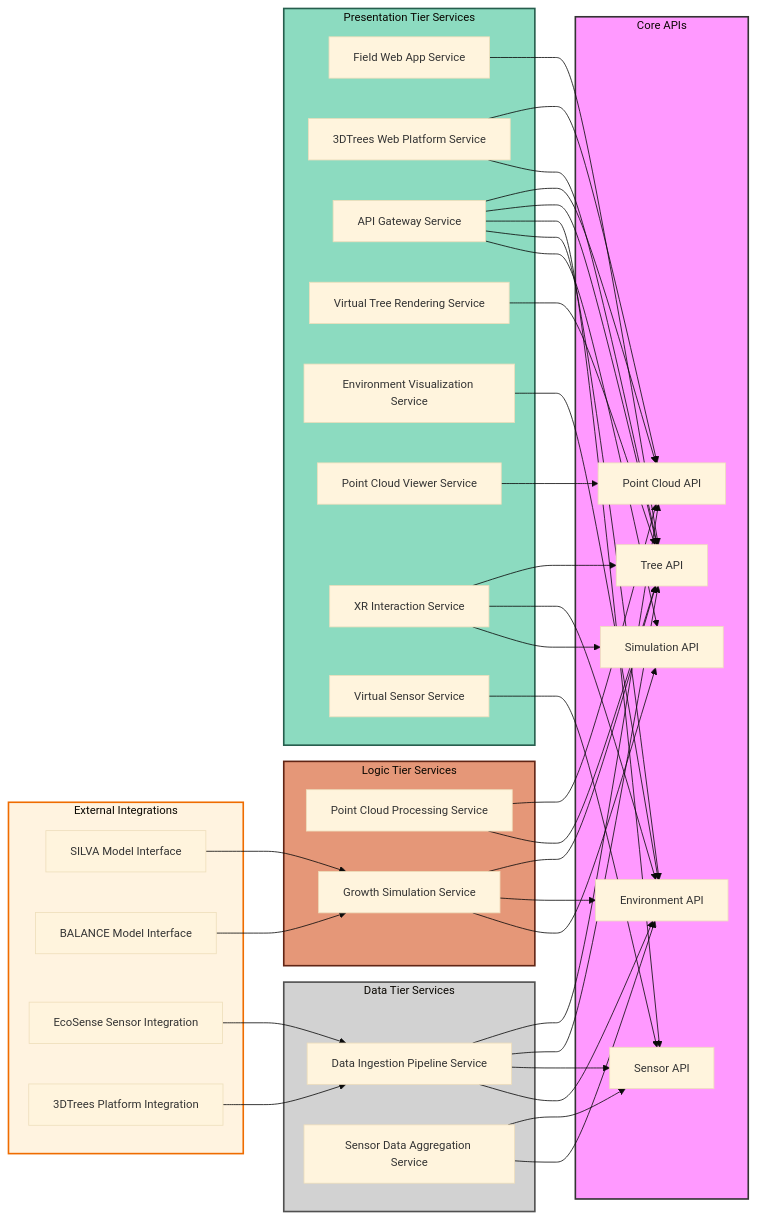
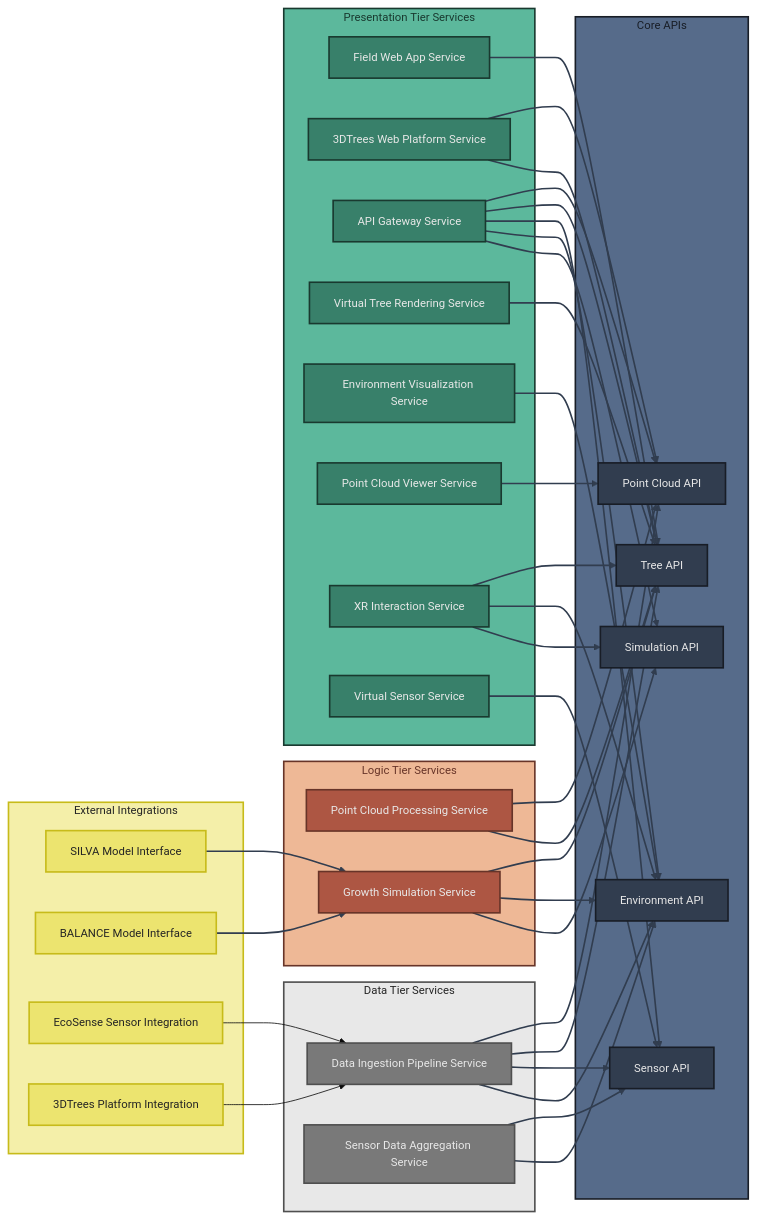
Before and after one commit to XRFutureForests/digital-twin-db: the fifth of 5 diagrams in docs/architecture/architecture.md, drawn with Mermaid. The commit also changed other lines of this file and 31 other files, not shown here.

````diff
--- a/docs/architecture/architecture.md
+++ b/docs/architecture/architecture.md
@@ -336,7 +331,7 @@
 'theme': 'base',
 'themeVariables': {
 'fontSize': '14px',
-'secondaryColor': '#d2d2d2'
+'secondaryColor': '#ababab'
 }
 }
 }%%
@@ -416,15 +411,30 @@
 ES3 --> DS1
 ES4 --> DS1
 
-classDef apiLayer fill:#f9f,stroke:#333,stroke-width:2px
-classDef dataServices fill:#d2d2d2,stroke:#505050,stroke-width:2px
-classDef logicServices fill:#e59778,stroke:#612515,stroke-width:2px
-classDef presentationServices fill:#8cdbc0,stroke:#265e4d,stroke-width:2px
-classDef externalServices fill:#fff3e0,stroke:#ef6c00,stroke-width:2px
+%% Subgraph styling - light colors for main groups
+classDef apiBack fill:#566b8a,stroke:#181d26,stroke-width:2px,color:#181d26
+classDef dataBack fill:#e8e8e8,stroke:#4f4f4f,stroke-width:2px,color:#242424
+classDef logicBack fill:#eeb896,stroke:#673428,stroke-width:2px,color:#673428
+classDef presentationBack fill:#5CB89C,stroke:#19392f,stroke-width:2px,color:#19392f
+classDef externalBack fill:#F4EFA9,stroke:#c7bb1a,stroke-width:2px,color:#242424
 
-class API_LAYER apiLayer
-class DATA_SERVICES dataServices
-class LOGIC_SERVICES logicServices
-class PRESENTATION_SERVICES presentationServices
-class EXTERNAL_SERVICES externalServices
+%% Node styling - darkest colors
+classDef apiNode fill:#313D4F,stroke:#181d26,stroke-width:2px,color:#e8e8e8
+classDef dataNode fill:#797979,stroke:#4f4f4f,stroke-width:2px,color:#e8e8e8
+classDef logicNode fill:#AD5643,stroke:#673428,stroke-width:2px,color:#e8e8e8
+classDef presentationNode fill:#38806a,stroke:#19392f,stroke-width:2px,color:#e8e8e8
+classDef externalNode fill:#ECE46f,stroke:#c7bb1a,stroke-width:2px,color:#242424
+
+class API_LAYER apiBack
+class API1,API2,API3,API4,API5 apiNode
+class DATA_SERVICES dataBack
+class DS1,DS4 dataNode
+class LOGIC_SERVICES logicBack
+class DS2,DS3 logicNode
+class PRESENTATION_SERVICES presentationBack
+class WS1,WS2,WS3,XS1,XS2,XS3,XS4,XS5 presentationNode
+class EXTERNAL_SERVICES externalBack
+class ES1,ES2,ES3,ES4 externalNode
+
+linkStyle 0,1,2,3,4,5,6,7,8,9,10,11,12,13,14,15,16,17,18,19,20,21,22,23,24,25,26,27 stroke:#313D4F,stroke-width:2px
 ```
````
